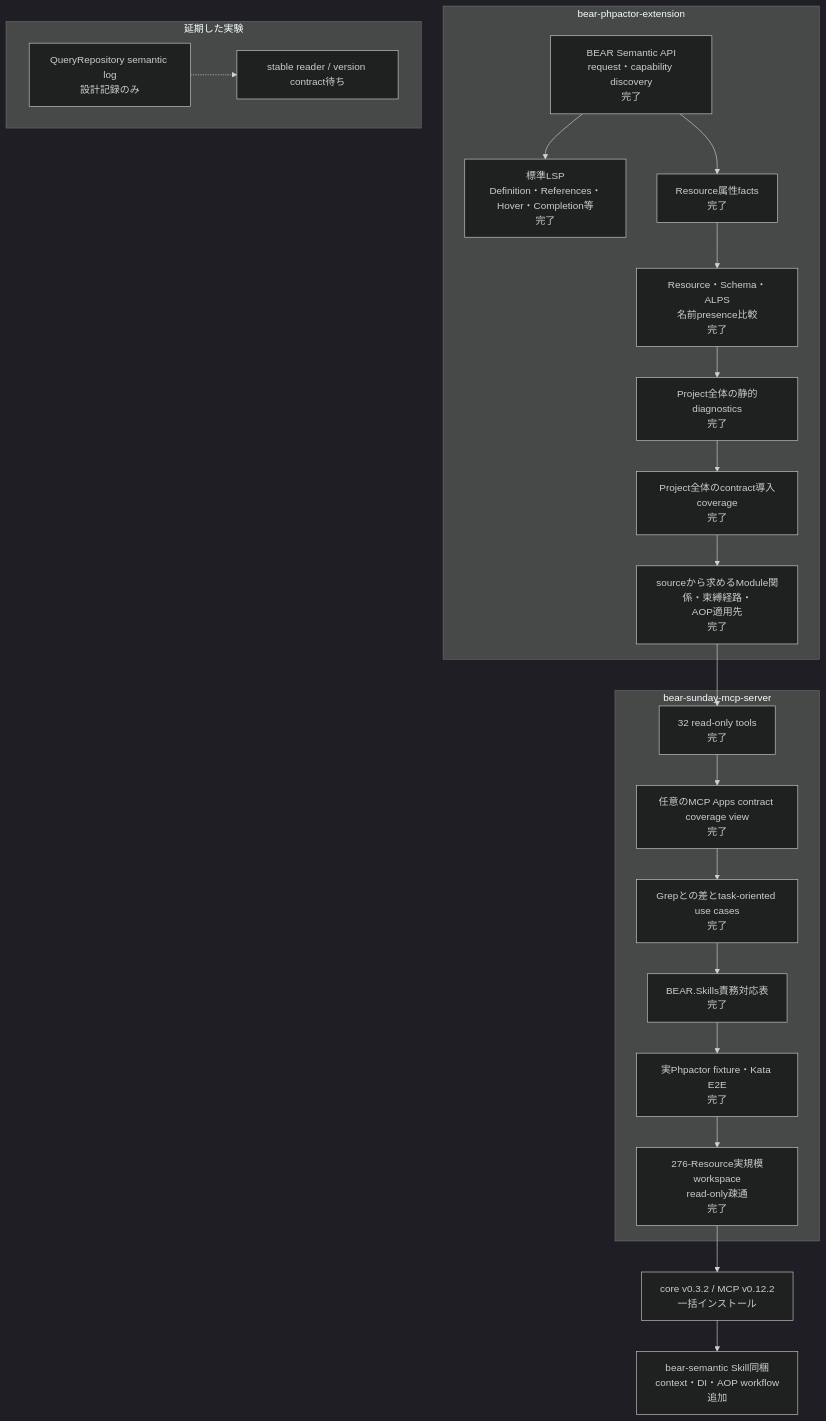
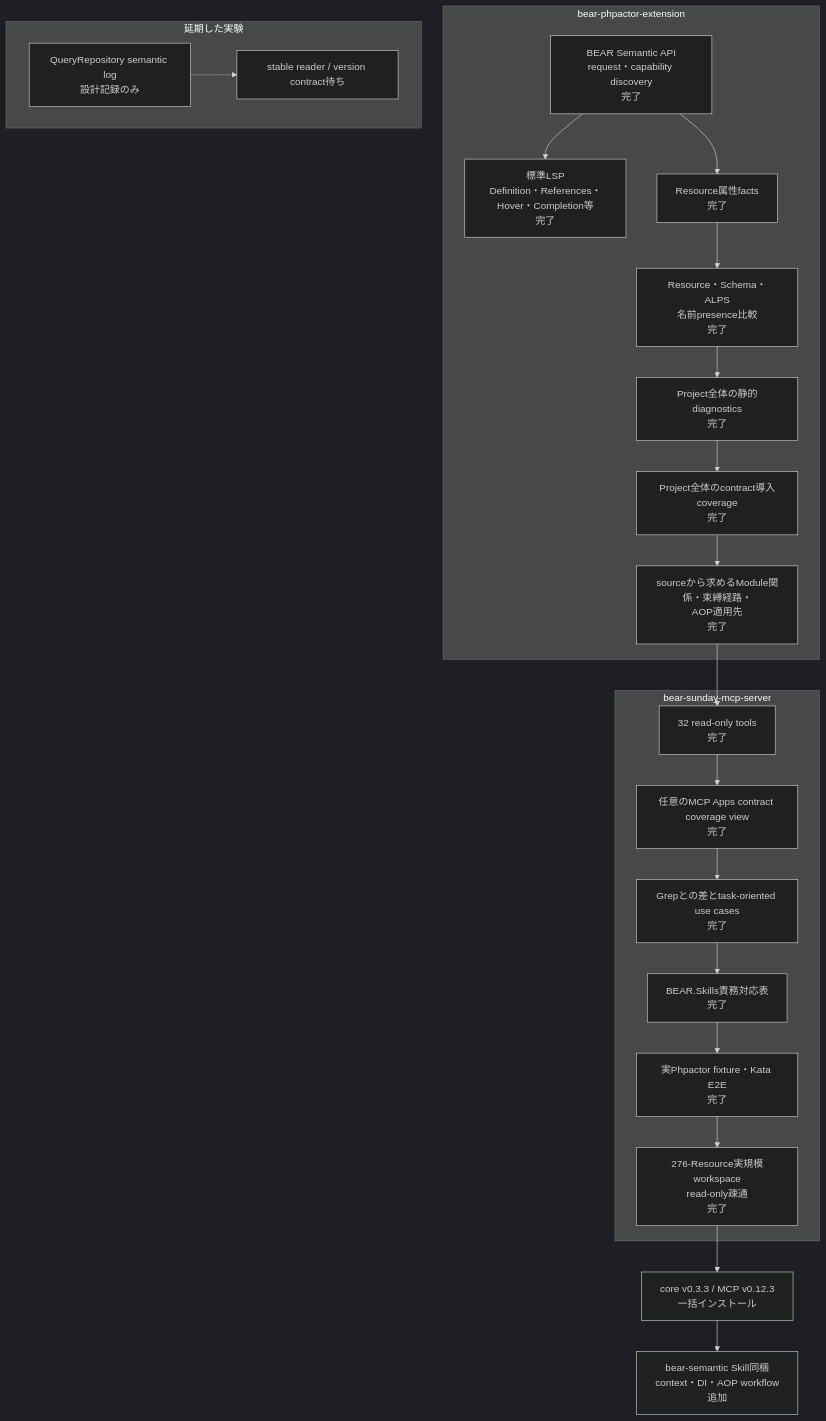
One commit to suzumaze/bear-sunday-mcp-server changed the diagram in docs/project-status.ja.md. Above: the diagram before and after it, drawn with Mermaid (dark theme). The commit also changed other lines of this file and 9 other files, not shown here.

````diff
--- a/docs/project-status.ja.md
+++ b/docs/project-status.ja.md
@@ -8,35 +8,35 @@
 ```mermaid
 flowchart TB
     subgraph Core["bear-phpactor-extension"]
         C1["BEAR Semantic API<br/>request・capability discovery<br/>完了"]
         C2["標準LSP<br/>Definition・References・Hover・Completion等<br/>完了"]
         C3["Resource属性facts<br/>完了"]
         C4["Resource・Schema・ALPS<br/>名前presence比較<br/>完了"]
         C5["Project全体の静的diagnostics<br/>完了"]
         C6["Project全体のcontract導入coverage<br/>完了"]
         C7["sourceから求めるModule関係・束縛経路・<br/>AOP適用先<br/>完了"]
         C1 --> C2
         C1 --> C3 --> C4 --> C5 --> C6 --> C7
     end
 
     subgraph MCP["bear-sunday-mcp-server"]
         M1["32 read-only tools<br/>完了"]
         M0["任意のMCP Apps contract coverage view<br/>完了"]
         M2["Grepとの差とtask-oriented use cases<br/>完了"]
         M3["BEAR.Skills責務対応表<br/>完了"]
         M4["実Phpactor fixture・Kata E2E<br/>完了"]
         M5["276-Resource実規模workspace<br/>read-only疎通<br/>完了"]
         M1 --> M0 --> M2 --> M3 --> M4 --> M5
     end
 
     C7 --> M1
 
     subgraph Deferred["延期した実験"]
         D1["QueryRepository semantic log<br/>設計記録のみ"]
         D2["stable reader / version contract待ち"]
         D1 -.-> D2
     end
 
-    M5 --> R1["core v0.3.2 / MCP v0.12.2<br/>一括インストール"]
+    M5 --> R1["core v0.3.3 / MCP v0.12.3<br/>一括インストール"]
     R1 --> S1["bear-semantic Skill同梱<br/>context・DI・AOP workflow追加"]
 ```
````
